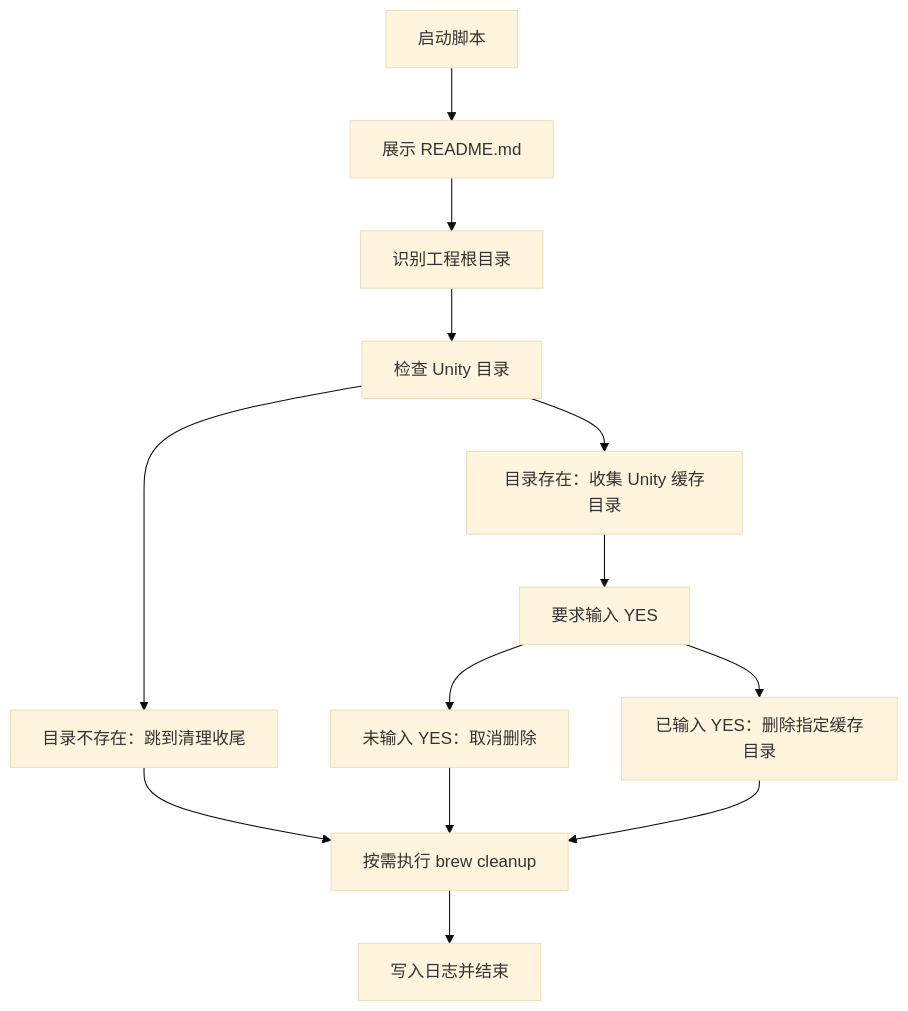
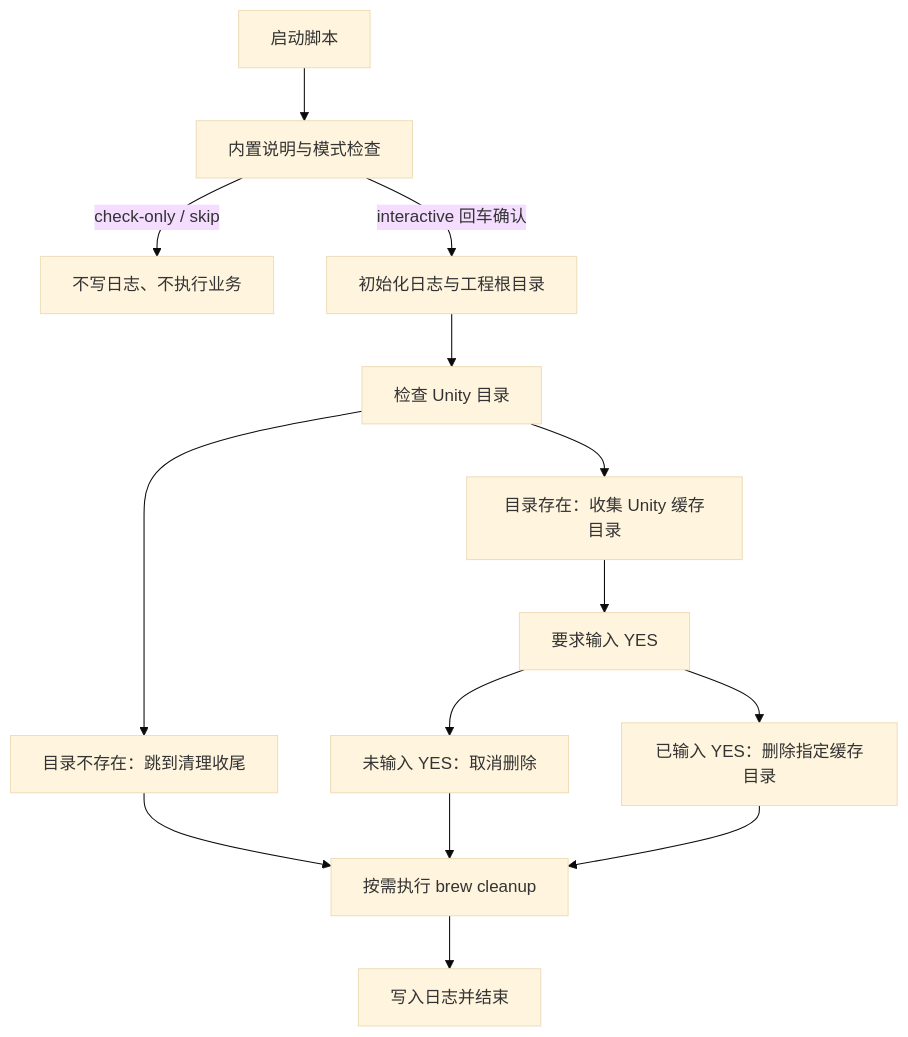
Before and after one commit to JobsKits/JobsSwiftBaseConfigDemo: the diagram in ScriptsByPods/清理Unity缓存.sh/README.md, drawn with Mermaid (base theme). The commit also changed other lines of this file and 33 other files, not shown here.

````diff
--- a/ScriptsByPods/清理Unity缓存.sh/README.md
+++ b/ScriptsByPods/清理Unity缓存.sh/README.md
@@ -69,15 +70,16 @@
   ```mermaid
   flowchart TD
-    A["启动脚本"] --> B["展示 README.md"]
-    B --> C["识别工程根目录"]
+    A["启动脚本"] --> B["内置说明与模式检查"]
+    B -->|"check-only / skip"| X["不写日志、不执行业务"]
+    B -->|"interactive 回车确认"| C["初始化日志与工程根目录"]
     C --> D["检查 Unity 目录"]
     D --> D1["目录不存在：跳到清理收尾"]
     D --> D2["目录存在：收集 Unity 缓存目录"]
     D2 --> E["要求输入 YES"]
     E --> E1["未输入 YES：取消删除"]
     E --> E2["已输入 YES：删除指定缓存目录"]
     D1 --> H["按需执行 brew cleanup"]
     E1 --> H
     E2 --> H
     H --> Z["写入日志并结束"]
   ```
````
